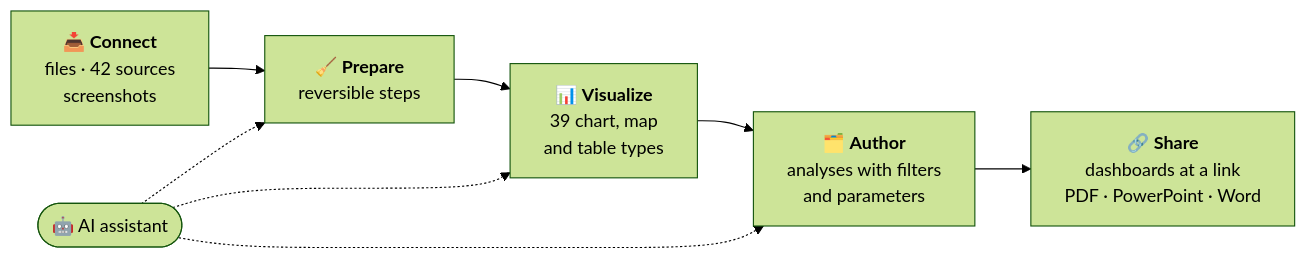
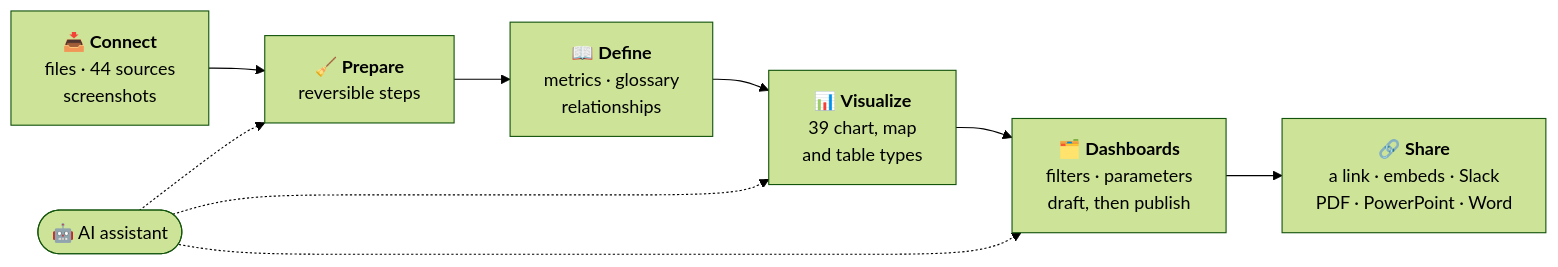
The first of 2 diagrams in README.md (AshishB2000/ordinate), drawn with Mermaid (forest theme) before and after one commit. The commit also changed other lines of this file and 3 other files, not shown here.

````diff
--- a/README.md
+++ b/README.md
@@ -90,10 +93,11 @@
 ```mermaid
 flowchart LR
-  S["📥 <b>Connect</b><br/>files · 42 sources<br/>screenshots"] --> P["🧹 <b>Prepare</b><br/>reversible steps"]
-  P --> V["📊 <b>Visualize</b><br/>39 chart, map<br/>and table types"]
-  V --> A["🗂️ <b>Author</b><br/>analyses with filters<br/>and parameters"]
-  A --> D["🔗 <b>Share</b><br/>dashboards at a link<br/>PDF · PowerPoint · Word"]
+  S["📥 <b>Connect</b><br/>files · 44 sources<br/>screenshots"] --> P["🧹 <b>Prepare</b><br/>reversible steps"]
+  P --> M["📖 <b>Define</b><br/>metrics · glossary<br/>relationships"]
+  M --> V["📊 <b>Visualize</b><br/>39 chart, map<br/>and table types"]
+  V --> D["🗂️ <b>Dashboards</b><br/>filters · parameters<br/>draft, then publish"]
+  D --> X["🔗 <b>Share</b><br/>a link · embeds · Slack<br/>PDF · PowerPoint · Word"]
   AI(["🤖 AI assistant"]) -.-> P
   AI -.-> V
-  AI -.-> A
+  AI -.-> D
 ```
````
